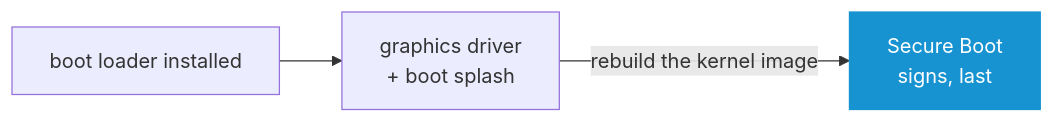
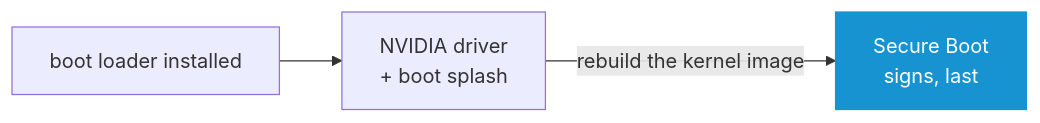
Before and after one commit to murkl/arch-os: the diagram in docs/REFERENCE.md, drawn with Mermaid. The commit also changed other lines of this file and 208 other files, not shown here.

````diff
--- a/docs/REFERENCE.md
+++ b/docs/REFERENCE.md
@@ -69,7 +73,7 @@
 ```mermaid
 flowchart LR
-    B["boot loader installed"] --> D["graphics driver<br/>+ boot splash"]
+    B["boot loader installed"] --> D["NVIDIA driver<br/>+ boot splash"]
     D -->|rebuild the kernel image| S["Secure Boot<br/>signs, last"]
 
     style S fill:#1793d1,stroke:#1793d1,color:#fff
 ```
````
